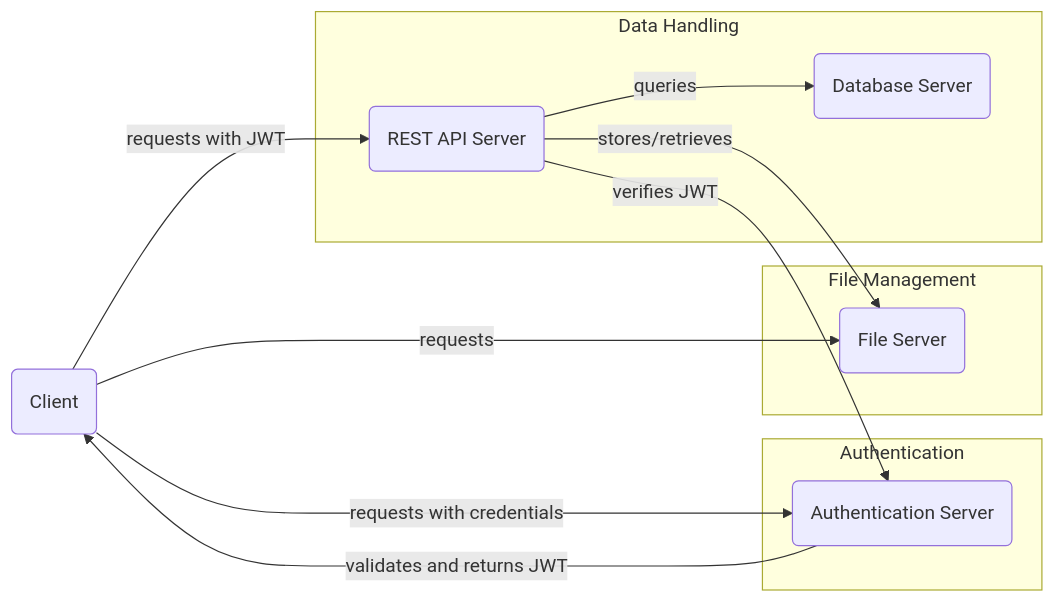
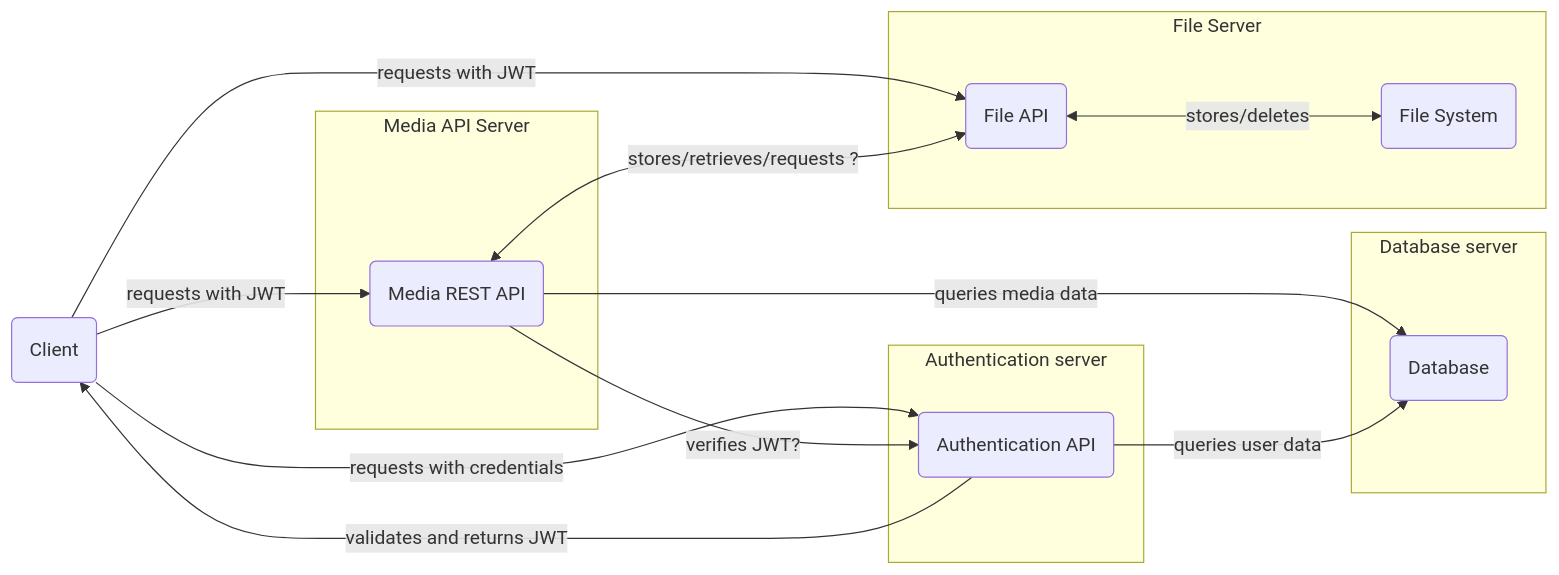
Before and after one commit to ilkkamtk/hybridisovellukset: the diagram in Week1/02-server-arch.md, drawn with Mermaid. The commit also changed other lines of this file, not shown here.

````diff
--- a/Week1/02-server-arch.md
+++ b/Week1/02-server-arch.md
@@ -5,23 +5,29 @@
 ```mermaid
 graph LR
-    client(Client) -->|requests with credentials| authServer(Authentication Server)
-    authServer -->|validates and returns JWT| client
-    client -->|requests with JWT| apiServer(REST API Server)
-    apiServer -->|verifies JWT| authServer
-    apiServer -->|queries| dbServer(Database Server)
-    client -->|requests| fileServer(File Server)
-    apiServer -->|stores/retrieves| fileServer
+    client(Client) -->|requests with credentials| authApi(Authentication API)
+    authApi -->|validates and returns JWT| client
+    client -->|requests with JWT| apiServer(Media REST API)
+    apiServer -->|verifies JWT?| authApi
+    apiServer -->|queries media data| db(Database)
+    authApi -->|queries user data| db(Database)
+    client -->|requests with JWT| fileApi(File API)
+    apiServer <-->|stores/retrieves/requests ?| fileApi
 
-    subgraph Authentication
-    authServer
+    subgraph Authentication server
+    authApi
     end
 
-    subgraph Data Handling
+    subgraph Media API Server
     apiServer
-    dbServer
     end
 
-    subgraph File Management
-    fileServer
+    subgraph Database server
+    db
+    end
+
+    subgraph File Server
+    fileApi
+    fs(File System)
+    fileApi <-->|stores/deletes| fs
     end
 ```
````
